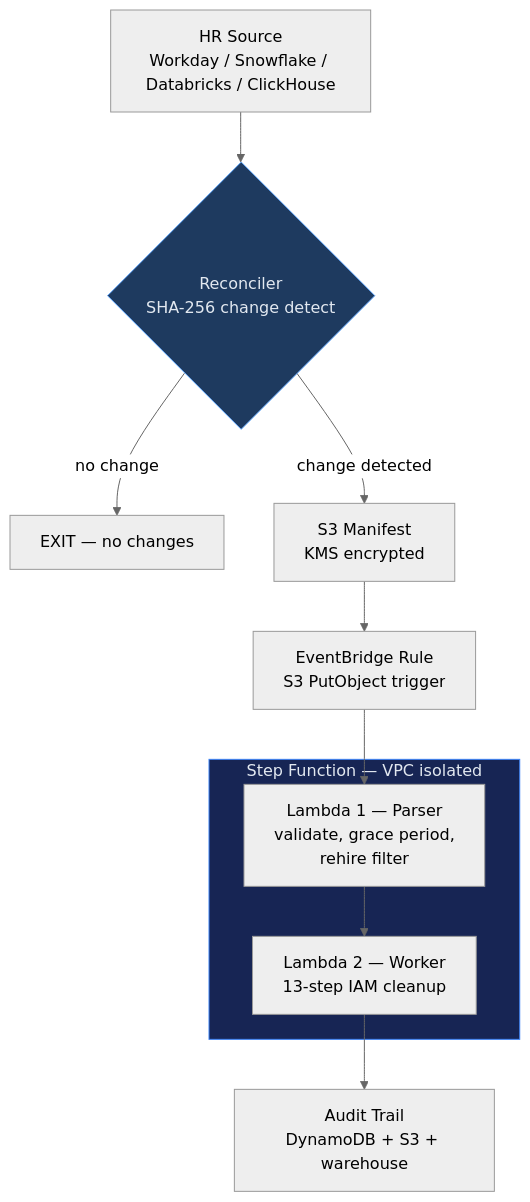
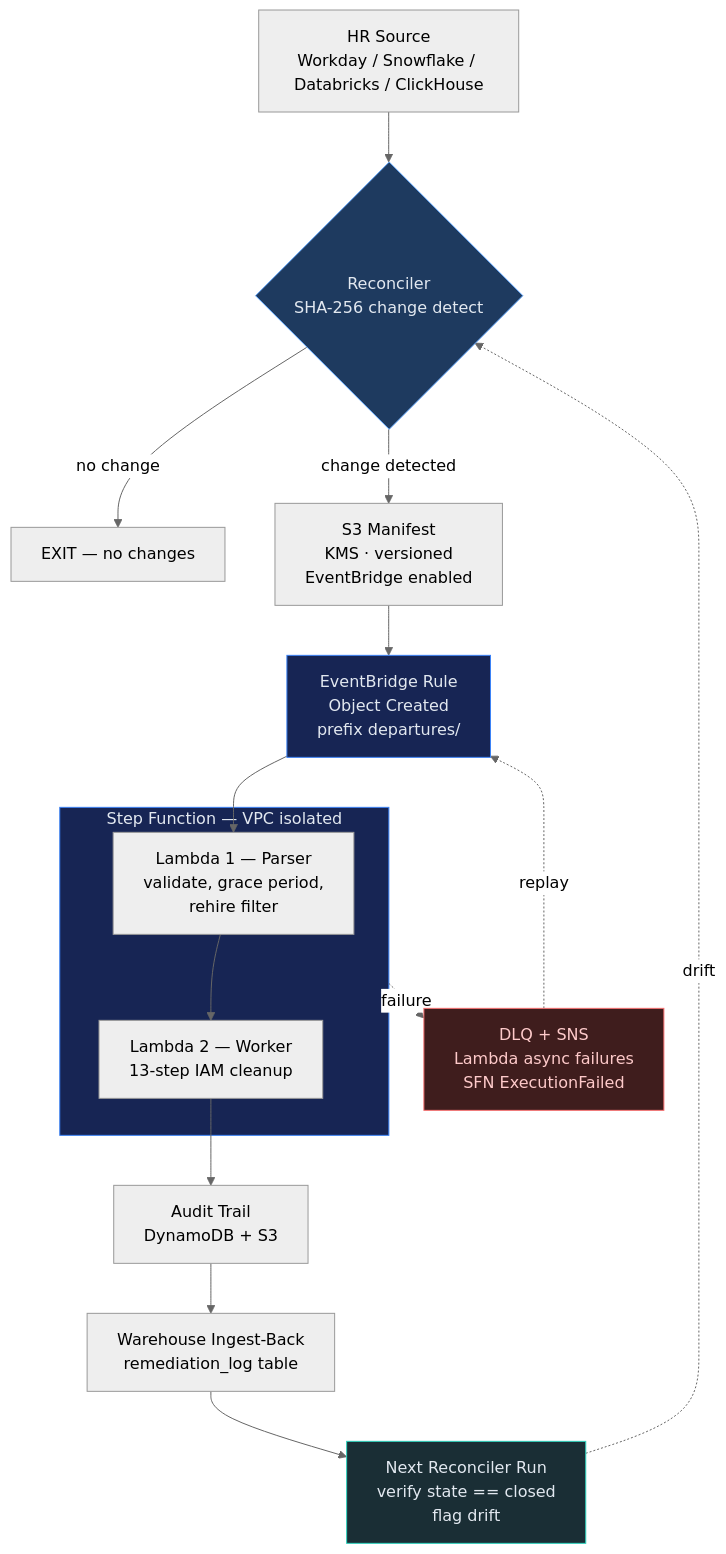
Before and after one commit to msaad00/cloud-security: the diagram in skills/iam-departures-remediation/SKILL.md, drawn with Mermaid (neutral theme). The commit also changed other lines of this file and 11 other files, not shown here.

````diff
--- a/skills/iam-departures-remediation/SKILL.md
+++ b/skills/iam-departures-remediation/SKILL.md
@@ -52,26 +52,37 @@
 ```mermaid
 flowchart TD
     HR["HR Source<br/>Workday / Snowflake / Databricks / ClickHouse"]
     REC{"Reconciler<br/>SHA-256 change detect"}
     EXIT["EXIT — no changes"]
-    S3["S3 Manifest<br/>KMS encrypted"]
-    EB["EventBridge Rule<br/>S3 PutObject trigger"]
+    S3["S3 Manifest<br/>KMS · versioned<br/>EventBridge enabled"]
+    EB["EventBridge Rule<br/>Object Created<br/>prefix departures/"]
 
     subgraph SFN["Step Function — VPC isolated"]
         L1["Lambda 1 — Parser<br/>validate, grace period,<br/>rehire filter"]
         L2["Lambda 2 — Worker<br/>13-step IAM cleanup"]
     end
 
-    AUDIT["Audit Trail<br/>DynamoDB + S3 + warehouse"]
+    AUDIT["Audit Trail<br/>DynamoDB + S3"]
+    WH["Warehouse Ingest-Back<br/>remediation_log table"]
+    VERIFY["Next Reconciler Run<br/>verify state == closed<br/>flag drift"]
+    DLQ["DLQ + SNS<br/>Lambda async failures<br/>SFN ExecutionFailed"]
 
     HR --> REC
     REC -->|no change| EXIT
     REC -->|change detected| S3
     S3 --> EB
     EB --> L1
     L1 --> L2
     L2 --> AUDIT
+    AUDIT --> WH
+    WH --> VERIFY
+    VERIFY -. drift .-> REC
+    SFN -. failure .-> DLQ
+    DLQ -. replay .-> EB
 
     style SFN fill:#172554,stroke:#3b82f6,color:#e2e8f0
     style REC fill:#1e3a5f,stroke:#60a5fa,color:#e2e8f0
+    style EB fill:#172554,stroke:#3b82f6,color:#e2e8f0
+    style VERIFY fill:#1a2e35,stroke:#2dd4bf,color:#e2e8f0
+    style DLQ fill:#3f1d1d,stroke:#f87171,color:#fecaca
 ```
````
